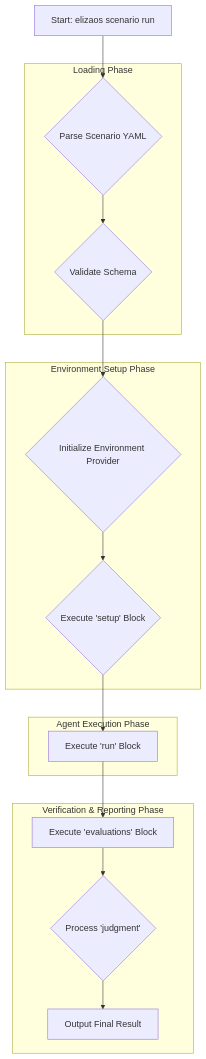
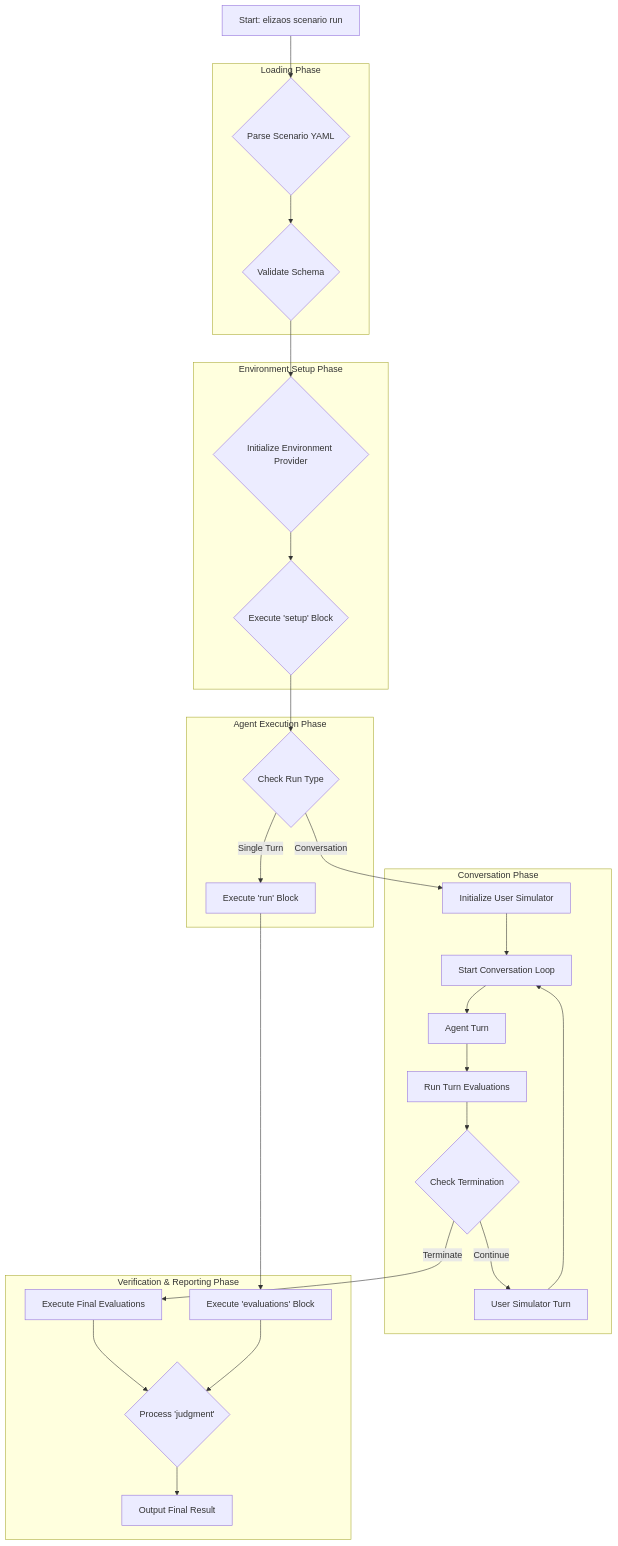
The diagram in packages/cli/src/commands/scenario/docs/scenario-runner-spec.md (elizaOS/eliza), drawn with Mermaid before and after one commit. The commit also changed other lines of this file and 3 other files, not shown here.

````diff
--- a/packages/cli/src/commands/scenario/docs/scenario-runner-spec.md
+++ b/packages/cli/src/commands/scenario/docs/scenario-runner-spec.md
@@ -28,31 +28,52 @@
 ```mermaid
 graph TD
     A[Start: elizaos scenario run] --> B{Parse Scenario YAML};
     B --> C{Validate Schema};
     C --> D{Initialize Environment Provider};
     D --> E{Execute 'setup' Block};
-    E --> F[Execute 'run' Block];
-    F --> G[Execute 'evaluations' Block];
-    G --> H{Process 'judgment'};
-    H --> I[Output Final Result];
+    E --> F{Check Run Type};
+    F -->|Single Turn| G[Execute 'run' Block];
+    F -->|Conversation| H[Initialize User Simulator];
+    H --> I[Start Conversation Loop];
+    I --> J[Agent Turn];
+    J --> K[Run Turn Evaluations];
+    K --> L{Check Termination};
+    L -->|Continue| M[User Simulator Turn];
+    M --> I;
+    L -->|Terminate| N[Execute Final Evaluations];
+    G --> O[Execute 'evaluations' Block];
+    N --> P{Process 'judgment'};
+    O --> P;
+    P --> Q[Output Final Result];
 
     subgraph "Loading Phase"
         B
         C
     end
 
     subgraph "Environment Setup Phase"
         D
         E
     end
 
     subgraph "Agent Execution Phase"
         F
+        G
+    end
+
+    subgraph "Conversation Phase"
+        H
+        I
+        J
+        K
+        L
+        M
     end
 
     subgraph "Verification & Reporting Phase"
-        G
-        H
-        I
+        N
+        O
+        P
+        Q
     end
 ```
````
